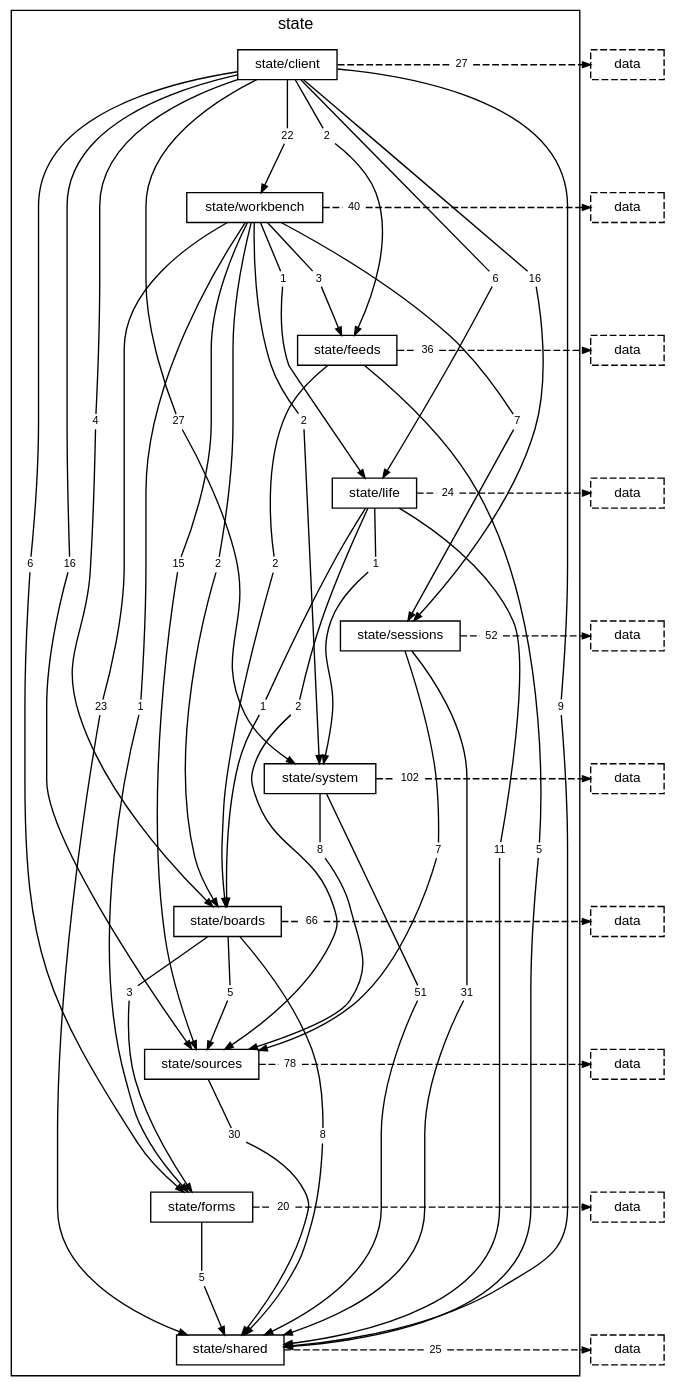
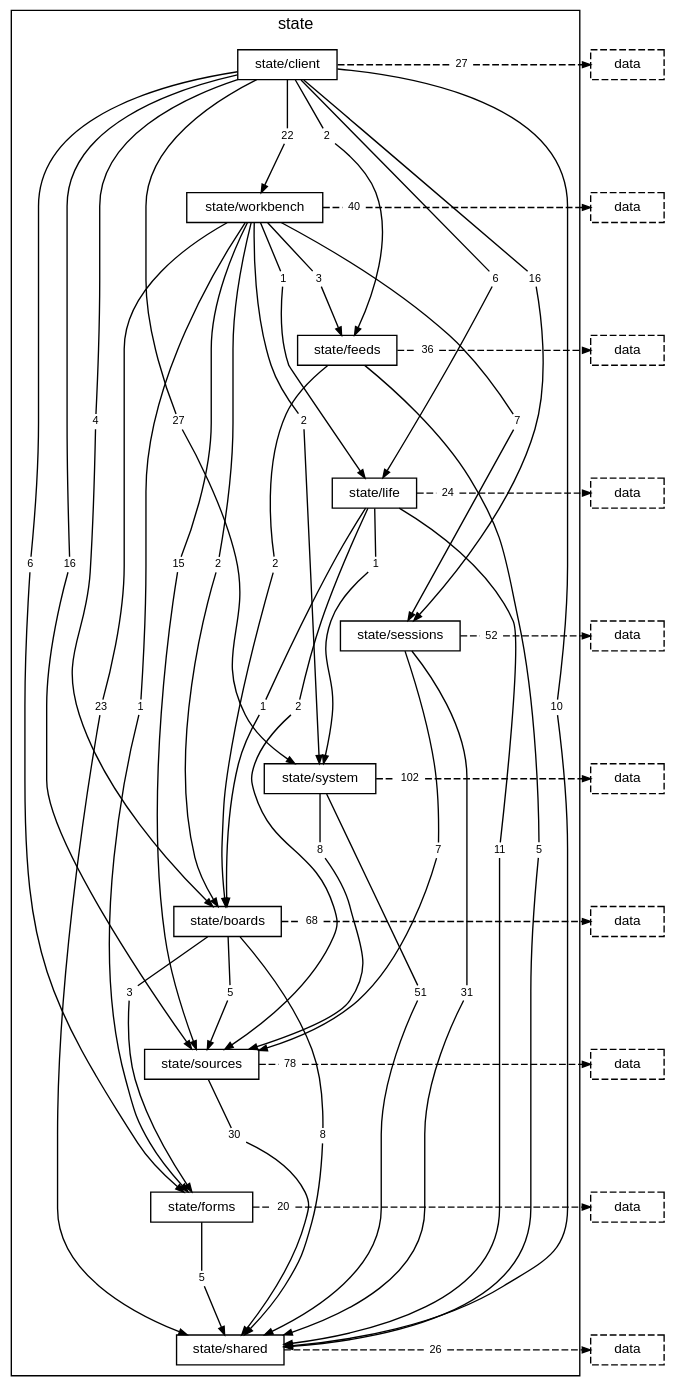
One commit to TheAxeC/oculus changed the diagram in docs/diagrams/layer-state.dot. Above: the diagram before and after it, drawn with Graphviz. The commit also changed 180 other files, not shown here.

```diff
--- a/docs/diagrams/layer-state.dot
+++ b/docs/diagrams/layer-state.dot
@@ -19,7 +19,7 @@
         "folder state/client to folder state/forms" [label="6", shape=box, color="transparent", fontsize=8, width=0, height=0, margin="0.04,0.02"];
         "folder state/client to folder state/life" [label="6", shape=box, color="transparent", fontsize=8, width=0, height=0, margin="0.04,0.02"];
         "folder state/client to folder state/sessions" [label="16", shape=box, color="transparent", fontsize=8, width=0, height=0, margin="0.04,0.02"];
-        "folder state/client to folder state/shared" [label="9", shape=box, color="transparent", fontsize=8, width=0, height=0, margin="0.04,0.02"];
+        "folder state/client to folder state/shared" [label="10", shape=box, color="transparent", fontsize=8, width=0, height=0, margin="0.04,0.02"];
         "folder state/client to folder state/sources" [label="16", shape=box, color="transparent", fontsize=8, width=0, height=0, margin="0.04,0.02"];
         "folder state/client to folder state/system" [label="27", shape=box, color="transparent", fontsize=8, width=0, height=0, margin="0.04,0.02"];
         "folder state/client to folder state/workbench" [label="22", shape=box, color="transparent", fontsize=8, width=0, height=0, margin="0.04,0.02"];
@@ -50,12 +50,12 @@
         "folder state/boards to folder state/forms" [label="3", shape=box, color="transparent", fontsize=8, width=0, height=0, margin="0.04,0.02"];
         "folder state/boards to folder state/shared" [label="8", shape=box, color="transparent", fontsize=8, width=0, height=0, margin="0.04,0.02"];
         "folder state/boards to folder state/sources" [label="5", shape=box, color="transparent", fontsize=8, width=0, height=0, margin="0.04,0.02"];
-        "folder state/boards to layer data" [label="66", shape=box, color="transparent", fontsize=8, width=0, height=0, margin="0.04,0.02"];
+        "folder state/boards to layer data" [label="68", shape=box, color="transparent", fontsize=8, width=0, height=0, margin="0.04,0.02"];
         "folder state/sources to folder state/shared" [label="30", shape=box, color="transparent", fontsize=8, width=0, height=0, margin="0.04,0.02"];
         "folder state/sources to layer data" [label="78", shape=box, color="transparent", fontsize=8, width=0, height=0, margin="0.04,0.02"];
         "folder state/forms to folder state/shared" [label="5", shape=box, color="transparent", fontsize=8, width=0, height=0, margin="0.04,0.02"];
         "folder state/forms to layer data" [label="20", shape=box, color="transparent", fontsize=8, width=0, height=0, margin="0.04,0.02"];
-        "folder state/shared to layer data" [label="25", shape=box, color="transparent", fontsize=8, width=0, height=0, margin="0.04,0.02"];
+        "folder state/shared to layer data" [label="26", shape=box, color="transparent", fontsize=8, width=0, height=0, margin="0.04,0.02"];
     }
     "layer data from folder state/client" [label="data", style=dashed];
     "layer data from folder state/workbench" [label="data", style=dashed];
```
